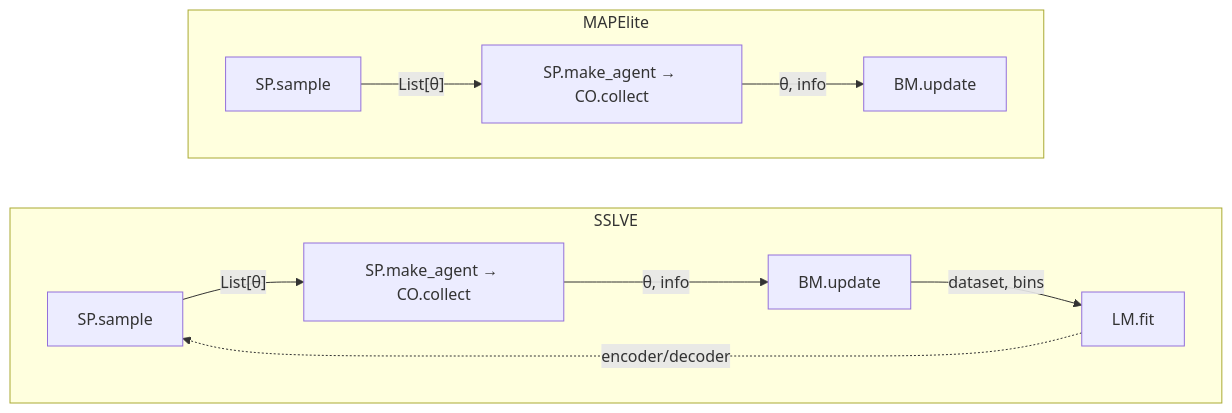
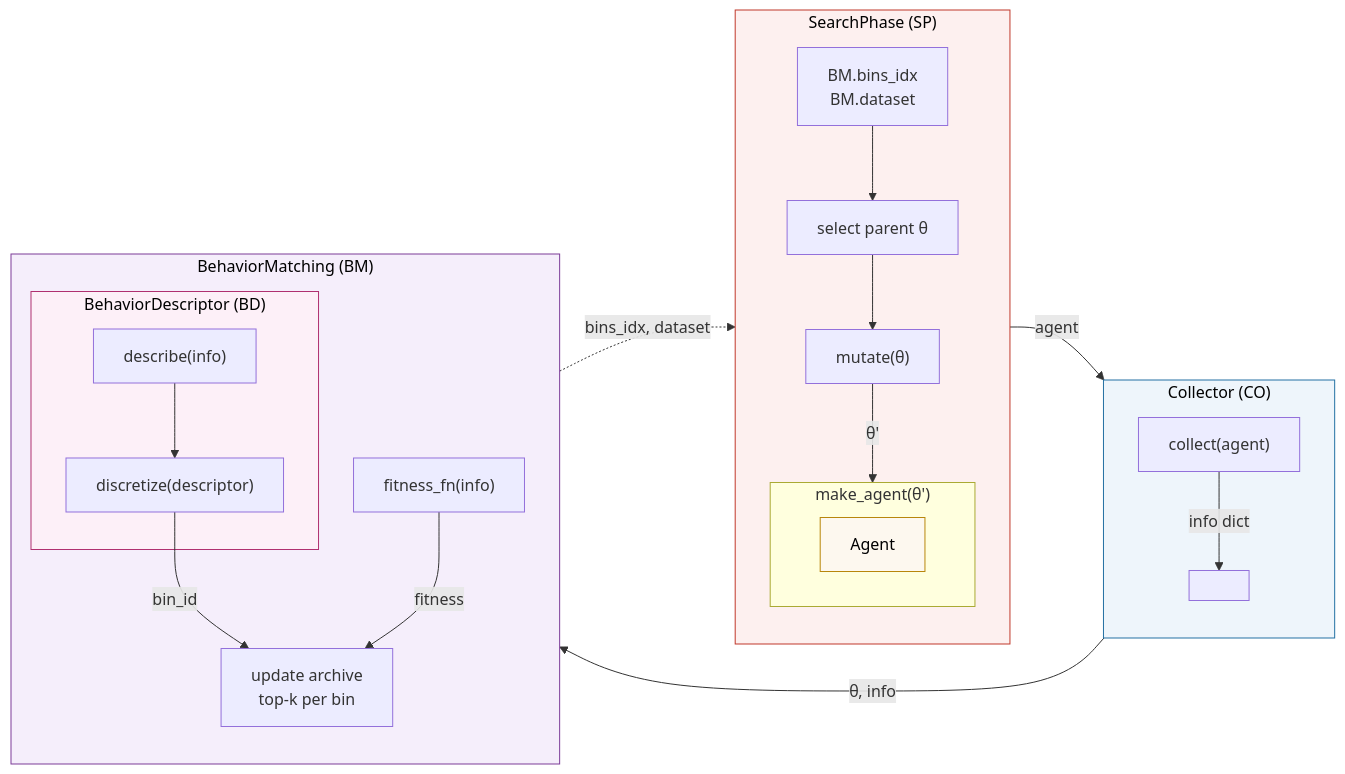
One commit to yugoguy/org changed the first of 3 diagrams in README.md. Above: the diagram before and after it, drawn with Mermaid. The commit also changed other lines of this file, not shown here.

````diff
--- a/README.md
+++ b/README.md
@@ -9,16 +19,40 @@
 ```mermaid
-graph LR
-    subgraph SSLVE
-        direction LR
-        S1[SP.sample] -->|"List[θ]"| S2["SP.make_agent → CO.collect"]
-        S2 -->|"θ, info"| S3[BM.update]
-        S3 -->|"dataset, bins"| S4[LM.fit]
-        S4 -.->|"encoder/decoder"| S1
+flowchart LR
+    subgraph SP["SearchPhase (SP)"]
+        direction TB
+        BM_read1["BM.bins_idx\nBM.dataset"] --> select["select parent θ"]
+        select --> mutate["mutate(θ)"]
+        subgraph make["make_agent(θ')"]
+            AM1["Agent"]
+        end
+        mutate -->|"θ'"| make
     end
 
-    subgraph MAPElite
-        direction LR
-        M1[SP.sample] -->|"List[θ]"| M2["SP.make_agent → CO.collect"]
-        M2 -->|"θ, info"| M3[BM.update]
+    subgraph CO["Collector (CO)"]
+        direction TB
+        collect["collect(agent)"]
+        collect -->|"info dict"| out1[ ]
     end
+
+    subgraph BM["BehaviorMatching (BM)"]
+        direction TB
+        subgraph BD["BehaviorDescriptor (BD)"]
+            describe["describe(info)"]
+            discretize["discretize(descriptor)"]
+            describe --> discretize
+        end
+        fitness_fn["fitness_fn(info)"]
+        discretize -->|"bin_id"| update["update archive\ntop-k per bin"]
+        fitness_fn -->|"fitness"| update
+    end
+
+    SP -->|"agent"| CO
+    CO -->|"θ, info"| BM
+    BM -.->|"bins_idx, dataset"| SP
+
+    style SP fill:#fdf0ef,stroke:#c0392b,color:#000
+    style CO fill:#eef5fb,stroke:#2471a3,color:#000
+    style BM fill:#f5eefb,stroke:#7d3c98,color:#000
+    style BD fill:#fdf0f8,stroke:#b03070,color:#000
+    style AM1 fill:#fdf8ef,stroke:#b8860b,color:#000
 ```
````
